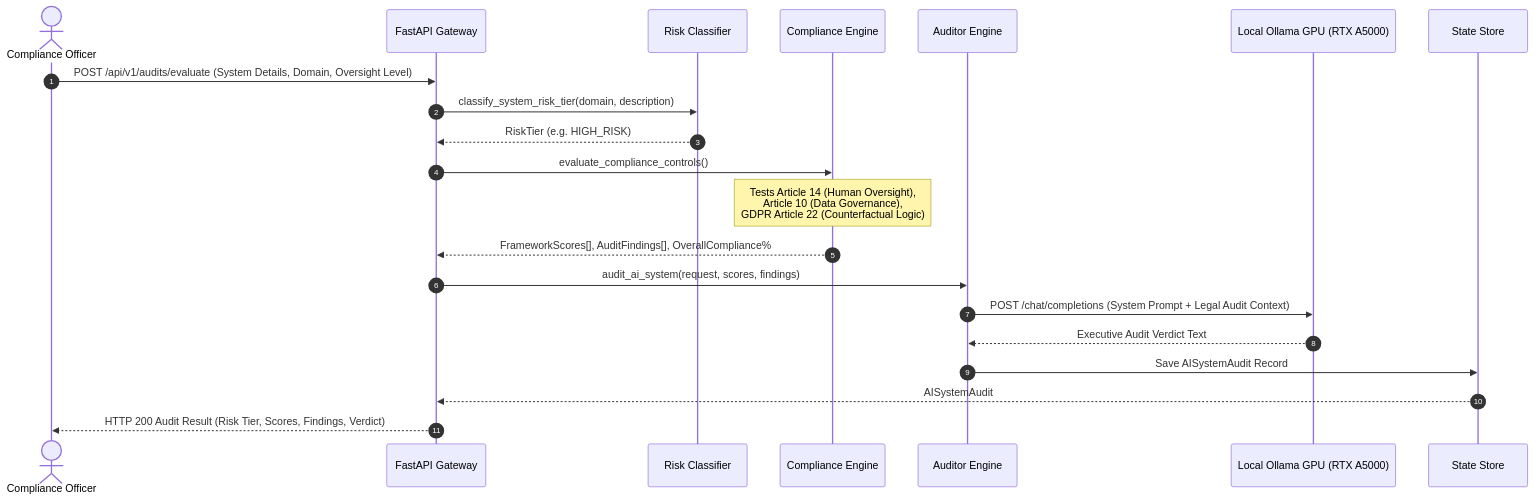
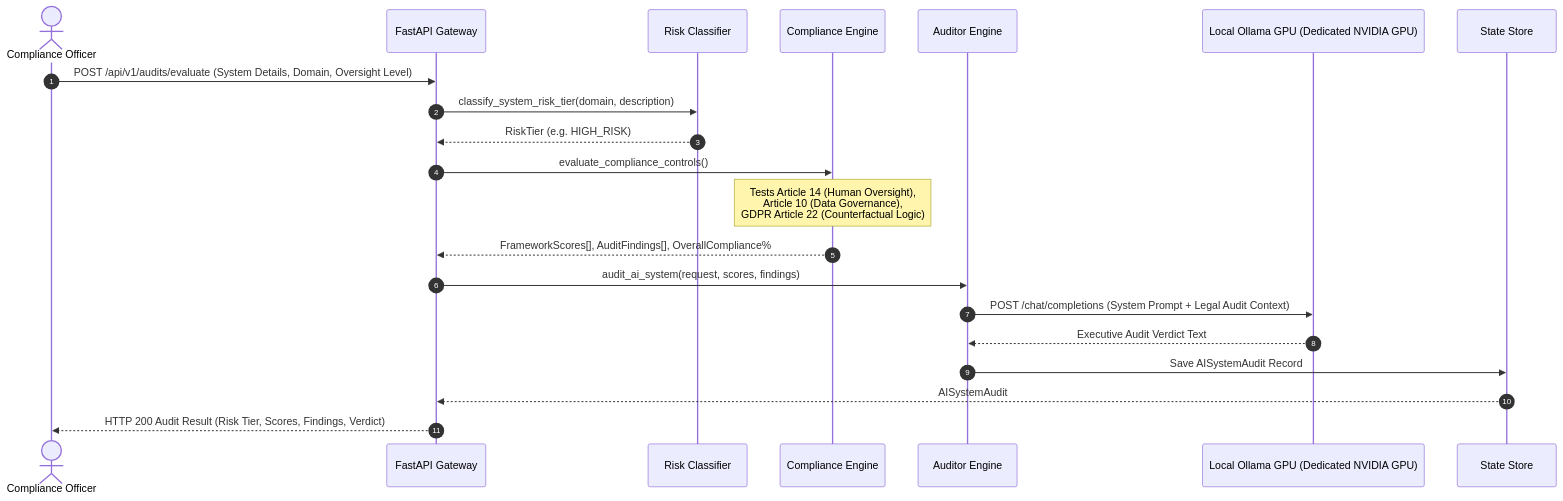
One commit to Kyrollo/regulens changed the second of 2 diagrams in docs/architecture.md. Above: the diagram before and after it, drawn with Mermaid. The commit also changed other lines of this file and 3 other files, not shown here.

````diff
--- a/docs/architecture.md
+++ b/docs/architecture.md
@@ -49,27 +49,27 @@
 ```mermaid
 sequenceDiagram
     autonumber
     actor Officer as Compliance Officer
     participant Gateway as FastAPI Gateway
     participant Classifier as Risk Classifier
     participant Engine as Compliance Engine
     participant Auditor as Auditor Engine
-    participant GPU as Local Ollama GPU (RTX A5000)
+    participant GPU as Local Ollama GPU (Dedicated NVIDIA GPU)
     participant Store as State Store
 
     Officer->>Gateway: POST /api/v1/audits/evaluate (System Details, Domain, Oversight Level)
     Gateway->>Classifier: classify_system_risk_tier(domain, description)
     Classifier-->>Gateway: RiskTier (e.g. HIGH_RISK)
 
     Gateway->>Engine: evaluate_compliance_controls()
     Note over Engine: Tests Article 14 (Human Oversight),<br/>Article 10 (Data Governance),<br/>GDPR Article 22 (Counterfactual Logic)
     Engine-->>Gateway: FrameworkScores[], AuditFindings[], OverallCompliance%
 
     Gateway->>Auditor: audit_ai_system(request, scores, findings)
     Auditor->>GPU: POST /chat/completions (System Prompt + Legal Audit Context)
     GPU-->>Auditor: Executive Audit Verdict Text
     
     Auditor->>Store: Save AISystemAudit Record
     Store-->>Gateway: AISystemAudit
     Gateway-->>Officer: HTTP 200 Audit Result (Risk Tier, Scores, Findings, Verdict)
 ```
````
